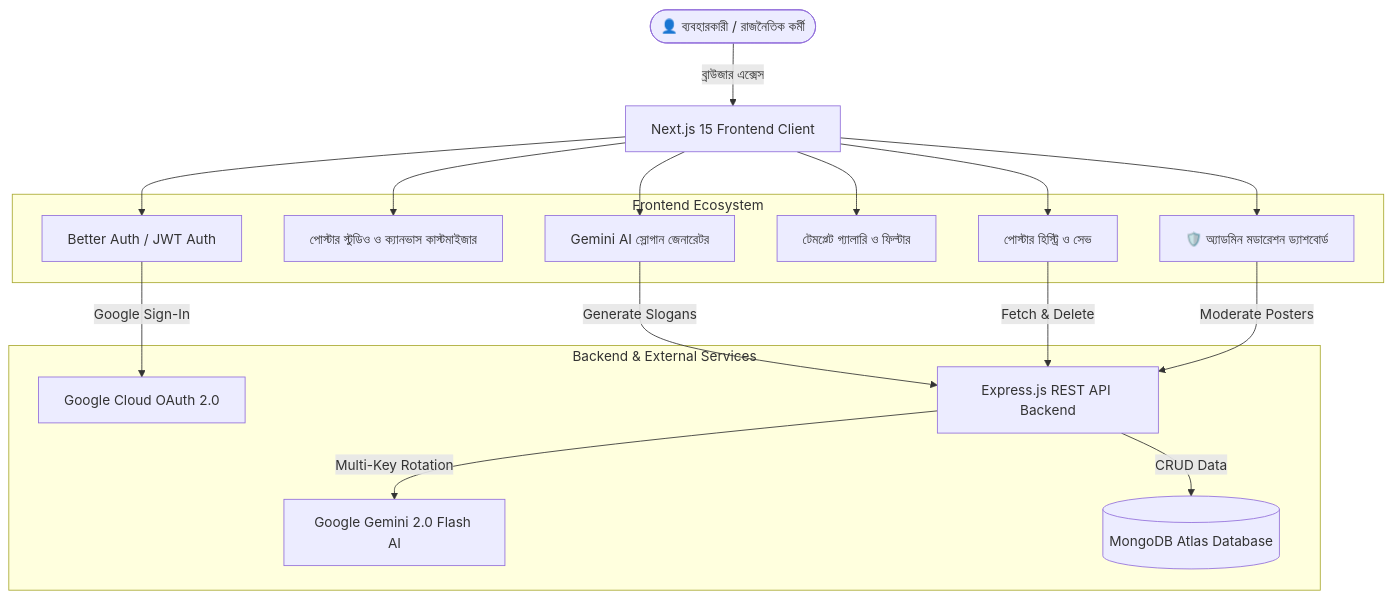
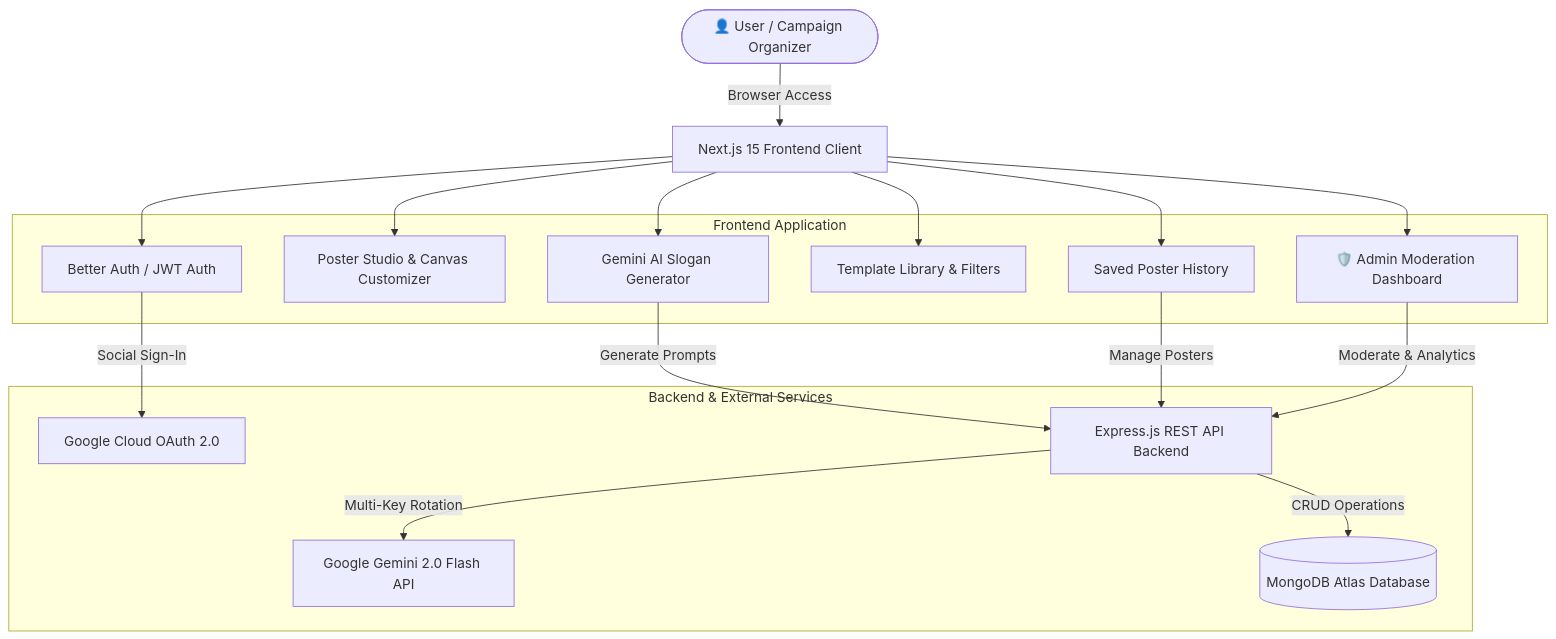
The diagram in README.md (Saad7528/ai-political-poster-maker-frontend), drawn with Mermaid before and after one commit. The commit also changed other lines of this file, not shown here.

````diff
--- a/README.md
+++ b/README.md
@@ -77,34 +73,34 @@
 ```mermaid
 graph TD
-    User([👤 ব্যবহারকারী / রাজনৈতিক কর্মী]) -->|ব্রাউজার এক্সেস| Frontend[Next.js 15 Frontend Client]
+    User([👤 User / Campaign Organizer]) -->|Browser Access| Frontend[Next.js 15 Frontend Client]
     
-    subgraph Frontend Ecosystem
-        AuthModule[Better Auth / JWT Auth]
-        Studio[পোস্টার স্টুডিও ও ক্যানভাস কাস্টমাইজার]
-        AIModule[Gemini AI স্লোগান জেনারেটর]
-        TemplateGallery[টেমপ্লেট গ্যালারি ও ফিল্টার]
-        HistoryPanel[পোস্টার হিস্ট্রি ও সেভ]
-        AdminPanel[🛡️ অ্যাডমিন মডারেশন ড্যাশবোর্ড]
+    subgraph Frontend Application
+        Auth[Better Auth / JWT Auth]
+        Studio[Poster Studio & Canvas Customizer]
+        AI[Gemini AI Slogan Generator]
+        Templates[Template Library & Filters]
+        History[Saved Poster History]
+        Admin[🛡️ Admin Moderation Dashboard]
     end
     
-    Frontend --> AuthModule
+    Frontend --> Auth
     Frontend --> Studio
-    Frontend --> AIModule
-    Frontend --> TemplateGallery
-    Frontend --> HistoryPanel
-    Frontend --> AdminPanel
+    Frontend --> AI
+    Frontend --> Templates
+    Frontend --> History
+    Frontend --> Admin
     
     subgraph Backend & External Services
         GoogleOAuth[Google Cloud OAuth 2.0]
-        GeminiAPI[Google Gemini 2.0 Flash AI]
-        NodeBackend[Express.js REST API Backend]
+        GeminiAPI[Google Gemini 2.0 Flash API]
+        BackendAPI[Express.js REST API Backend]
         MongoDB[(MongoDB Atlas Database)]
     end
     
-    AuthModule -->|Google Sign-In| GoogleOAuth
-    AIModule -->|Generate Slogans| NodeBackend
-    NodeBackend -->|Multi-Key Rotation| GeminiAPI
-    NodeBackend -->|CRUD Data| MongoDB
-    HistoryPanel -->|Fetch & Delete| NodeBackend
-    AdminPanel -->|Moderate Posters| NodeBackend
+    Auth -->|Social Sign-In| GoogleOAuth
+    AI -->|Generate Prompts| BackendAPI
+    BackendAPI -->|Multi-Key Rotation| GeminiAPI
+    BackendAPI -->|CRUD Operations| MongoDB
+    History -->|Manage Posters| BackendAPI
+    Admin -->|Moderate & Analytics| BackendAPI
 ```
````
